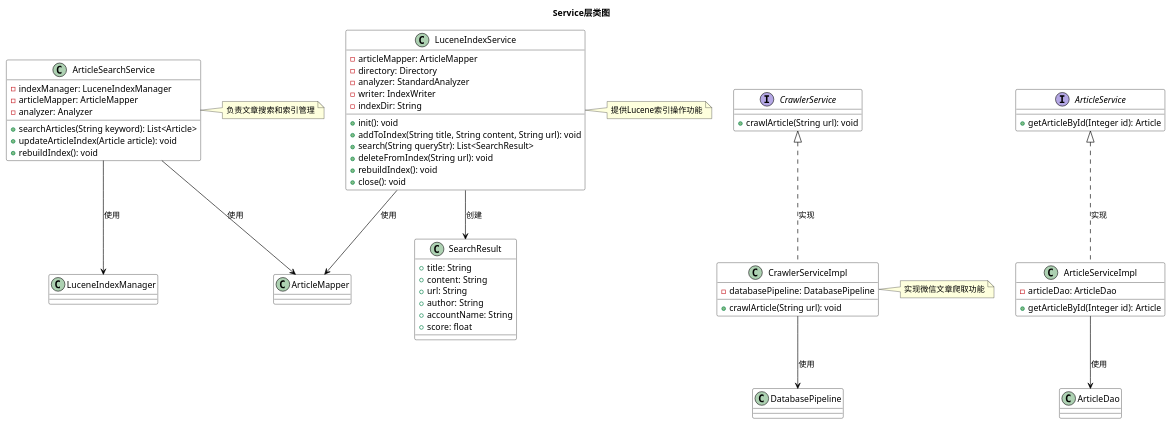
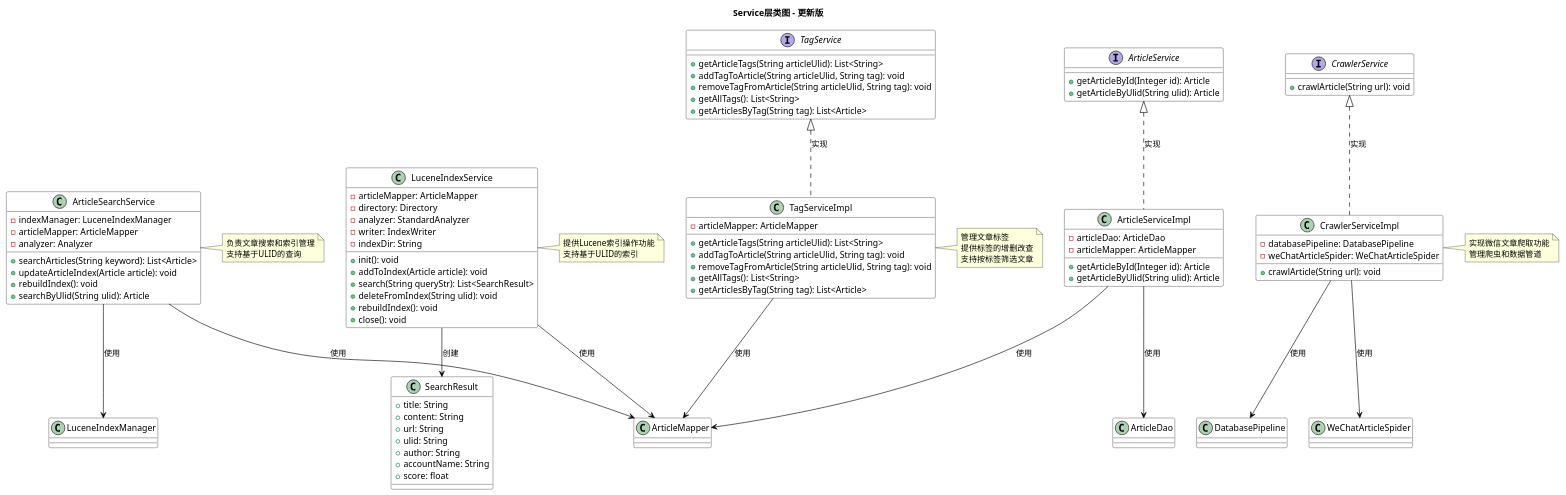
Before and after one commit to Changhuaishui/web2_7: the diagram in UML/service.puml, drawn with PlantUML. The commit also changed 5 other files, not shown here.

```diff
--- a/UML/service.puml
+++ b/UML/service.puml
@@ -1,90 +1,126 @@
 @startuml
 
 ' 定义样式
 skinparam class {
     BackgroundColor White
     ArrowColor Black
     BorderColor Black
 }
 
 ' 接口定义
 interface ArticleService {
     +getArticleById(Integer id): Article
+    +getArticleByUlid(String ulid): Article
 }
 
 interface CrawlerService {
     +crawlArticle(String url): void
+}
+
+interface TagService {
+    +getArticleTags(String articleUlid): List<String>
+    +addTagToArticle(String articleUlid, String tag): void
+    +removeTagFromArticle(String articleUlid, String tag): void
+    +getAllTags(): List<String>
+    +getArticlesByTag(String tag): List<Article>
 }
 
 ' 具体服务类
 class ArticleSearchService {
     -indexManager: LuceneIndexManager
     -articleMapper: ArticleMapper
     -analyzer: Analyzer
     +searchArticles(String keyword): List<Article>
     +updateArticleIndex(Article article): void
     +rebuildIndex(): void
+    +searchByUlid(String ulid): Article
 }
 
 class LuceneIndexService {
     -articleMapper: ArticleMapper
     -directory: Directory
     -analyzer: StandardAnalyzer
     -writer: IndexWriter
     -indexDir: String
     +init(): void
-    +addToIndex(String title, String content, String url): void
+    +addToIndex(Article article): void
     +search(String queryStr): List<SearchResult>
-    +deleteFromIndex(String url): void
+    +deleteFromIndex(String ulid): void
     +rebuildIndex(): void
     +close(): void
+}
+
+class TagServiceImpl {
+    -articleMapper: ArticleMapper
+    +getArticleTags(String articleUlid): List<String>
+    +addTagToArticle(String articleUlid, String tag): void
+    +removeTagFromArticle(String articleUlid, String tag): void
+    +getAllTags(): List<String>
+    +getArticlesByTag(String tag): List<Article>
 }
 
 ' 实现类
 class ArticleServiceImpl {
     -articleDao: ArticleDao
+    -articleMapper: ArticleMapper
     +getArticleById(Integer id): Article
+    +getArticleByUlid(String ulid): Article
 }
 
 class CrawlerServiceImpl {
     -databasePipeline: DatabasePipeline
+    -weChatArticleSpider: WeChatArticleSpider
     +crawlArticle(String url): void
 }
 
 ' 搜索结果类
 class SearchResult {
     +title: String
     +content: String
     +url: String
+    +ulid: String
     +author: String
     +accountName: String
     +score: float
 }
 
 ' 依赖和实现关系
 ArticleService <|.. ArticleServiceImpl : 实现
 CrawlerService <|.. CrawlerServiceImpl : 实现
+TagService <|.. TagServiceImpl : 实现
 ArticleServiceImpl --> ArticleDao : 使用
+ArticleServiceImpl --> ArticleMapper : 使用
 CrawlerServiceImpl --> DatabasePipeline : 使用
+CrawlerServiceImpl --> WeChatArticleSpider : 使用
 ArticleSearchService --> LuceneIndexManager : 使用
 ArticleSearchService --> ArticleMapper : 使用
 LuceneIndexService --> ArticleMapper : 使用
 LuceneIndexService --> SearchResult : 创建
+TagServiceImpl --> ArticleMapper : 使用
 
 ' 添加注解
 note right of ArticleSearchService
   负责文章搜索和索引管理
+  支持基于ULID的查询
 end note
 
 note right of LuceneIndexService
   提供Lucene索引操作功能
+  支持基于ULID的索引
 end note
 
 note right of CrawlerServiceImpl
   实现微信文章爬取功能
+  管理爬虫和数据管道
+end note
+
+note right of TagServiceImpl
+  管理文章标签
+  提供标签的增删改查
+  支持按标签筛选文章
 end note
 
 ' 添加标题
-title Service层类图
+title Service层类图 - 更新版
 
 @enduml
```
